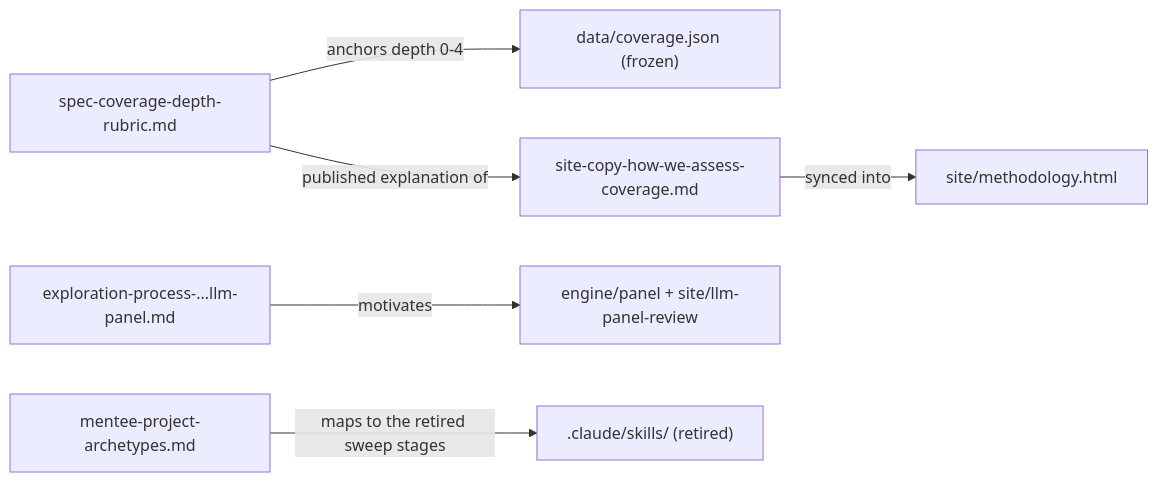
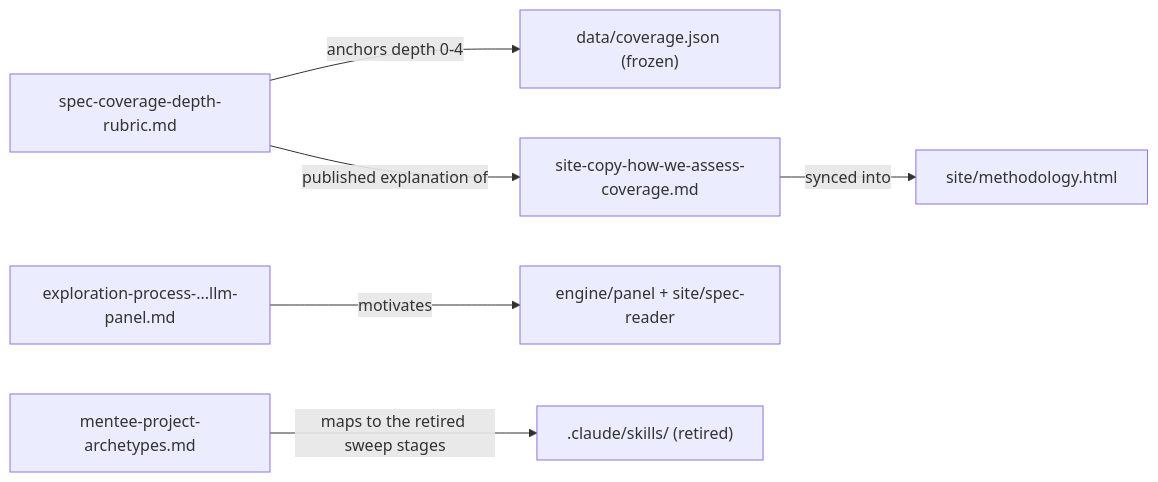
One commit to AndresCotton/ai-character-index changed the diagram in methodology/OVERVIEW.md. Above: the diagram before and after it, drawn with Mermaid. The commit also changed other lines of this file and 19 other files, not shown here.

````diff
--- a/methodology/OVERVIEW.md
+++ b/methodology/OVERVIEW.md
@@ -20,8 +20,8 @@
 ```mermaid
 graph LR
   RUBRIC["spec-coverage-depth-rubric.md"] -->|anchors depth 0-4| COVERAGE["data/coverage.json (frozen)"]
   SITECOPY["site-copy-how-we-assess-coverage.md"] -->|synced into| METHOD["site/methodology.html"]
   RUBRIC -->|published explanation of| SITECOPY
-  EXPLORE["exploration-process-...llm-panel.md"] -->|motivates| PANEL["engine/panel + site/llm-panel-review"]
+  EXPLORE["exploration-process-...llm-panel.md"] -->|motivates| PANEL["engine/panel + site/spec-reader"]
   MENTEE["mentee-project-archetypes.md"] -->|maps to the retired sweep stages| SKILLS[".claude/skills/ (retired)"]
 ```
````
